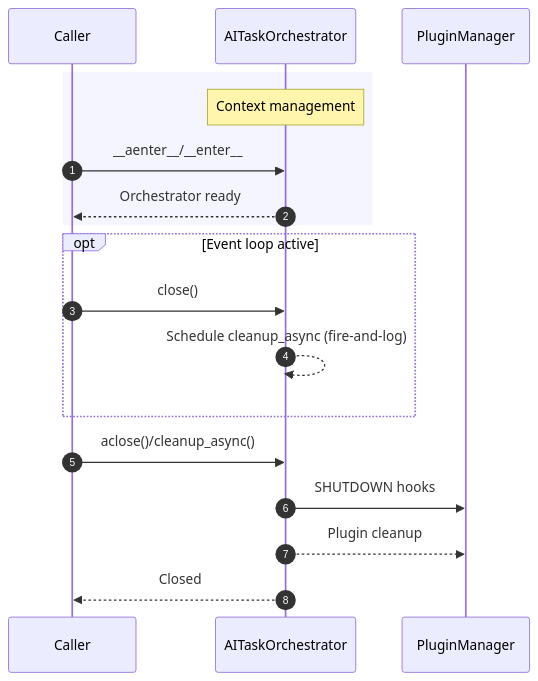
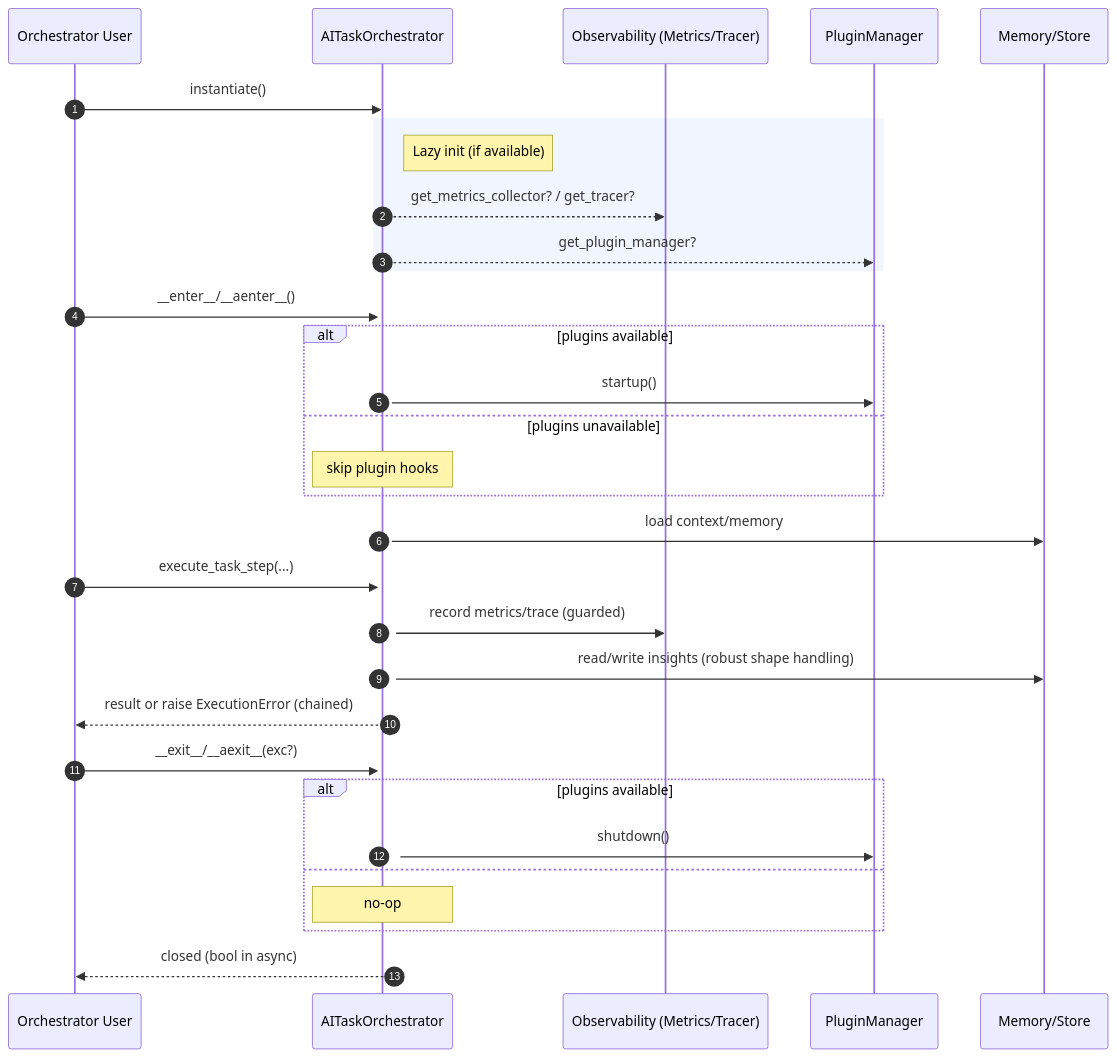
One commit to reh3376/plc-gbt changed the diagram in docs/AI_TASK_ORCHESTRATOR_CONTEXT_SEQUENCE.mmd. Above: the diagram before and after it, drawn with Mermaid. The commit also changed 2 other files, not shown here.

```diff
--- a/docs/AI_TASK_ORCHESTRATOR_CONTEXT_SEQUENCE.mmd
+++ b/docs/AI_TASK_ORCHESTRATOR_CONTEXT_SEQUENCE.mmd
@@ -1,21 +1,35 @@
 sequenceDiagram
   autonumber
-  participant U as Caller
-  participant OR as AITaskOrchestrator
+  participant App as Orchestrator User
+  participant Orc as AITaskOrchestrator
+  participant Obs as Observability (Metrics/Tracer)
   participant PM as PluginManager
+  participant Mem as Memory/Store
 
-  rect rgb(245,245,255)
-  Note over OR: Context management
-  U->>OR: __aenter__/__enter__
-  OR-->>U: Orchestrator ready
+  App->>Orc: instantiate()
+  rect rgb(240,245,255)
+    note right of Orc: Lazy init (if available)
+    Orc-->>Obs: get_metrics_collector? / get_tracer?
+    Orc-->>PM: get_plugin_manager?
   end
 
-  opt Event loop active
-    U->>OR: close()
-    OR-->>OR: Schedule cleanup_async (fire-and-log)
+  App->>+Orc: __enter__/__aenter__()
+  alt plugins available
+    Orc->>PM: startup()
+  else plugins unavailable
+    note over Orc: skip plugin hooks
   end
+  Orc->>Mem: load context/memory
 
-  U->>OR: aclose()/cleanup_async()
-  OR->>PM: SHUTDOWN hooks
-  OR-->>PM: Plugin cleanup
-  OR-->>U: Closed
+  App->>+Orc: execute_task_step(...)
+  Orc->>Obs: record metrics/trace (guarded)
+  Orc->>Mem: read/write insights (robust shape handling)
+  Orc-->>App: result or raise ExecutionError (chained)
+
+  App->>+Orc: __exit__/__aexit__(exc?)
+  alt plugins available
+    Orc->>PM: shutdown()
+  else
+    note over Orc: no-op
+  end
+  Orc-->>App: closed (bool in async)
```
